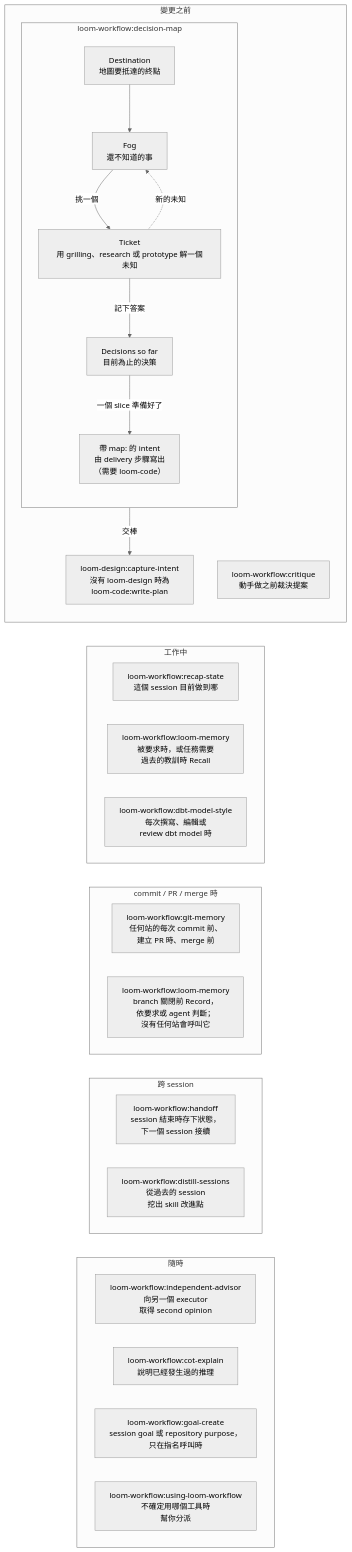
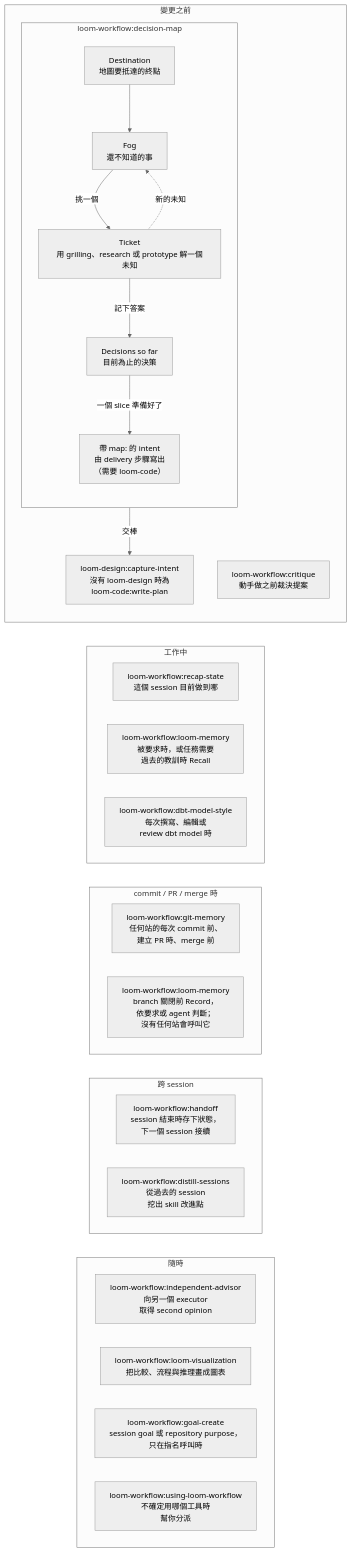
Before and after one commit to kouko/loom-plugins: the diagram in loom-workflow/README.zh-TW.md, drawn with Mermaid (neutral theme). The commit also changed other lines of this file and 156 other files, not shown here.

First line of the commit message:
feat(loom-workflow)!: loom-visualization replaces cot-explain (#7)

````diff
--- a/loom-workflow/README.zh-TW.md
+++ b/loom-workflow/README.zh-TW.md
@@ -30,52 +30,52 @@
 ```mermaid
 %%{init: {"flowchart": {"wrappingWidth": 320}}}%%
 flowchart TD
     subgraph before["變更之前"]
         direction TB
         subgraph dm["loom-workflow:decision-map"]
             direction TB
             dest["Destination<br/>地圖要抵達的終點"]
             fog["Fog<br/>還不知道的事"]
             ticket["Ticket<br/>用 grilling、research 或 prototype 解一個未知"]
             log["Decisions so far<br/>目前為止的決策"]
             slice["帶 map: 的 intent<br/>由 delivery 步驟寫出<br/>（需要 loom-code）"]
         end
         station["loom-design:capture-intent<br/>沒有 loom-design 時為<br/>loom-code:write-plan"]
         critique["loom-workflow:critique<br/>動手做之前裁決提案"]
     end
 
     subgraph working["工作中"]
         recap["loom-workflow:recap-state<br/>這個 session 目前做到哪"]
         recall["loom-workflow:loom-memory<br/>被要求時，或任務需要<br/>過去的教訓時 Recall"]
         dbt["loom-workflow:dbt-model-style<br/>每次撰寫、編輯或<br/>review dbt model 時"]
     end
 
     subgraph commit["commit / PR / merge 時"]
         gitmem["loom-workflow:git-memory<br/>任何站的每次 commit 前、<br/>建立 PR 時、merge 前"]
         record["loom-workflow:loom-memory<br/>branch 關閉前 Record，<br/>依要求或 agent 判斷；<br/>沒有任何站會呼叫它"]
     end
 
     subgraph sessions["跨 session"]
         handoff["loom-workflow:handoff<br/>session 結束時存下狀態，<br/>下一個 session 接續"]
         distill["loom-workflow:distill-sessions<br/>從過去的 session<br/>挖出 skill 改進點"]
     end
 
     subgraph anytime["隨時"]
         advisor["loom-workflow:independent-advisor<br/>向另一個 executor<br/>取得 second opinion"]
-        cot["loom-workflow:cot-explain<br/>說明已經發生過的推理"]
+        cot["loom-workflow:loom-visualization<br/>把比較、流程與推理畫成圖表"]
         goal["loom-workflow:goal-create<br/>session goal 或 repository purpose，<br/>只在指名呼叫時"]
         router["loom-workflow:using-loom-workflow<br/>不確定用哪個工具時<br/>幫你分派"]
     end
 
     dest --> fog
     fog -->|"挑一個"| ticket
     ticket -->|"記下答案"| log
     ticket -.->|"新的未知"| fog
     log -->|"一個 slice 準備好了"| slice
     slice -->|"交棒"| station
 
     before ~~~ working
     working ~~~ commit
     commit ~~~ sessions
     sessions ~~~ anytime
 ```
````
